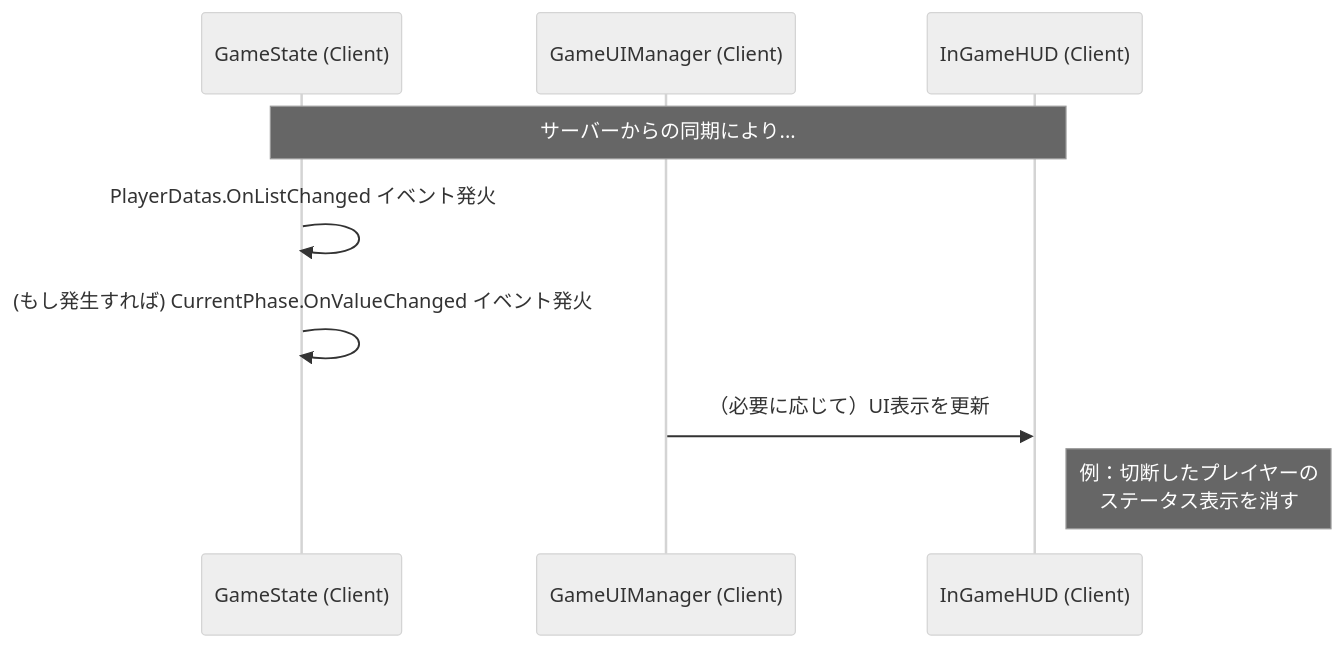
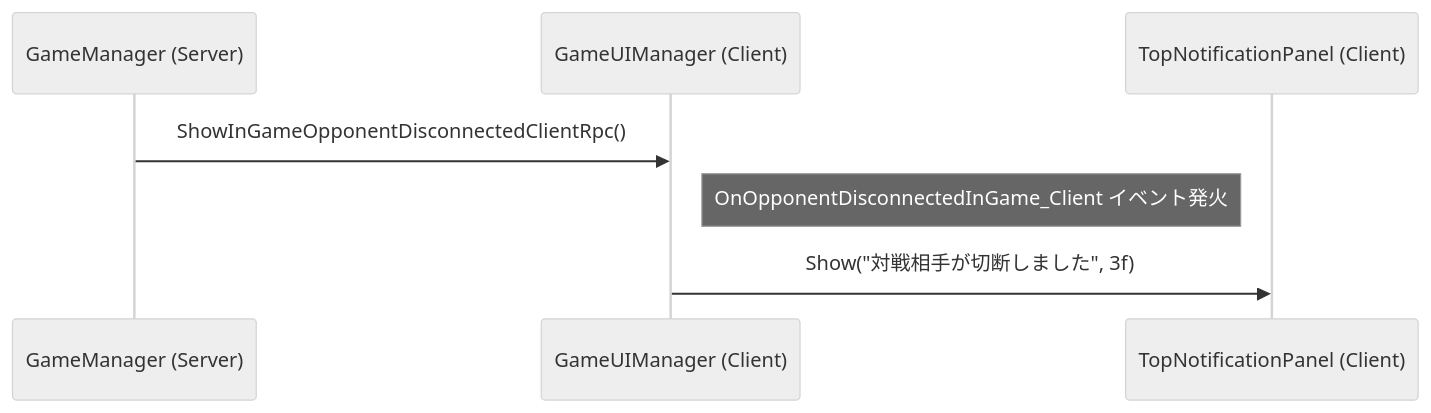
The second of 3 diagrams in Assets/_Project/Features/Core/Disconnection-Handling.md (C4P3/TypingSurvivor), drawn with Mermaid (neutral theme) before and after one commit. The commit also changed other lines of this file and 2 other files, not shown here.

````diff
--- a/Assets/_Project/Features/Core/Disconnection-Handling.md
+++ b/Assets/_Project/Features/Core/Disconnection-Handling.md
@@ -46,13 +53,10 @@
 ```mermaid
 sequenceDiagram
-    participant GameState as GameState (Client)
-    participant GameUIManager as GameUIManager (Client)
-    participant InGameHUD as InGameHUD (Client)
+    participant S_GameManager as GameManager (Server)
+    participant C_GameUIManager as GameUIManager (Client)
+    participant C_TopPanel as TopNotificationPanel (Client)
 
-    Note over GameState, InGameHUD: サーバーからの同期により...
-    GameState->>GameState: PlayerDatas.OnListChanged イベント発火
-    GameState->>GameState: (もし発生すれば) CurrentPhase.OnValueChanged イベント発火
-
-    GameUIManager->>InGameHUD: （必要に応じて）UI表示を更新
-    Note right of InGameHUD: 例：切断したプレイヤーの<br>ステータス表示を消す
+    S_GameManager->>C_GameUIManager: ShowInGameOpponentDisconnectedClientRpc()
+    Note right of C_GameUIManager: OnOpponentDisconnectedInGame_Client イベント発火
+    C_GameUIManager->>C_TopPanel: Show("対戦相手が切断しました", 3f)
 ```
````
